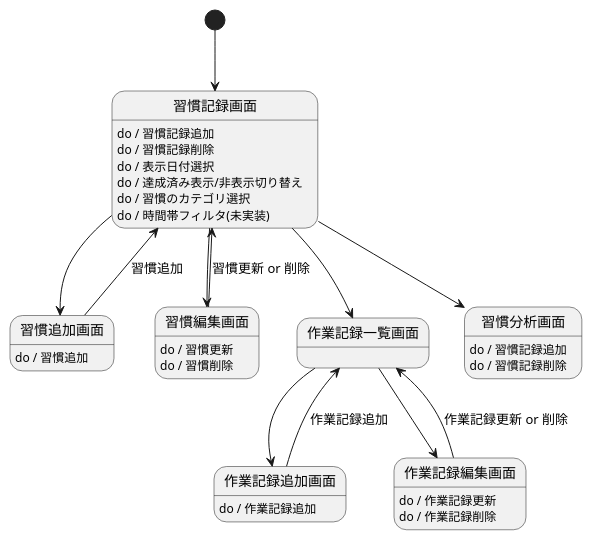
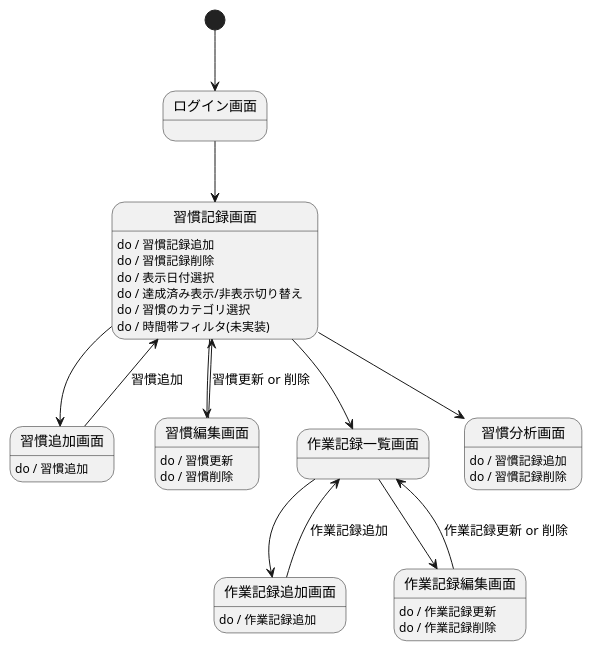
Before and after one commit to ylafaro0310/my-habit: the diagram in documents/docs/screen.md, drawn with PlantUML. The commit also changed 2 other files, not shown here.

Commit message:
Update document

````diff
--- a/documents/docs/screen.md
+++ b/documents/docs/screen.md
@@ -4,40 +4,42 @@
 ```uml
 @startuml
-[*] --> 習慣記録画面
+[*] --> ログイン画面
+ログイン画面 --> 習慣記録画面
+
 習慣記録画面 --> 習慣追加画面
 習慣記録画面 --> 習慣編集画面
 習慣記録画面 --> 作業記録一覧画面
 習慣記録画面 --> 習慣分析画面
 
 習慣追加画面 --> 習慣記録画面: 習慣追加
 習慣編集画面 --> 習慣記録画面: 習慣更新 or 削除
 
 作業記録一覧画面 --> 作業記録追加画面
 作業記録一覧画面 --> 作業記録編集画面
 
 作業記録追加画面 --> 作業記録一覧画面: 作業記録追加
 作業記録編集画面 --> 作業記録一覧画面: 作業記録更新 or 削除
 
 
 習慣記録画面: do / 習慣記録追加
 習慣記録画面: do / 習慣記録削除
 習慣記録画面: do / 表示日付選択
 習慣記録画面: do / 達成済み表示/非表示切り替え
 習慣記録画面: do / 習慣のカテゴリ選択
 習慣記録画面: do / 時間帯フィルタ(未実装)
 
 
 習慣分析画面: do / 習慣記録追加
 習慣分析画面: do / 習慣記録削除
 
 習慣追加画面: do / 習慣追加
 
 習慣編集画面: do / 習慣更新
 習慣編集画面: do / 習慣削除
 
 作業記録追加画面: do / 作業記録追加
 
 作業記録編集画面: do / 作業記録更新
 作業記録編集画面: do / 作業記録削除
 @enduml
 ```
````
